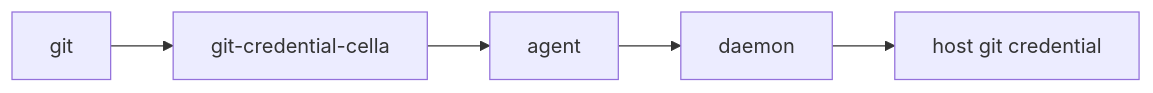
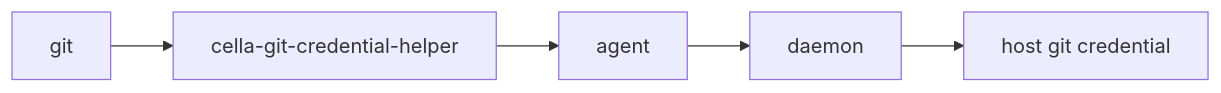
The second of 2 diagrams in crates/cella-agent/docs/agent-architecture.md (eve0415/cella), drawn with Mermaid before and after one commit. The commit also changed other lines of this file and 8 other files, not shown here.

First line of the commit message:
feat: implement host cella switch and fix doc inaccuracies

````diff
--- a/crates/cella-agent/docs/agent-architecture.md
+++ b/crates/cella-agent/docs/agent-architecture.md
@@ -88,4 +88,4 @@
 ```mermaid
 graph LR
-    git --> cella["git-credential-cella"] --> agent --> daemon --> host["host git credential"]
+    git --> cella["cella-git-credential-helper"] --> agent --> daemon --> host["host git credential"]
 ```
````
